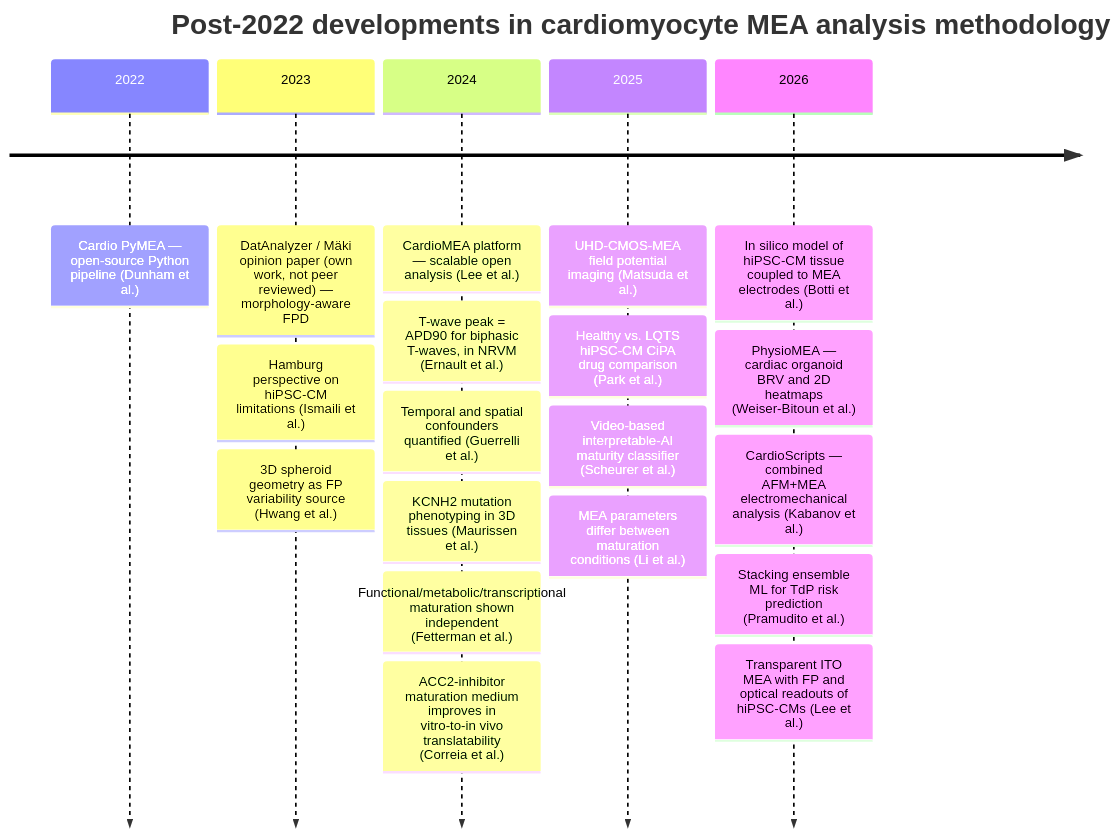
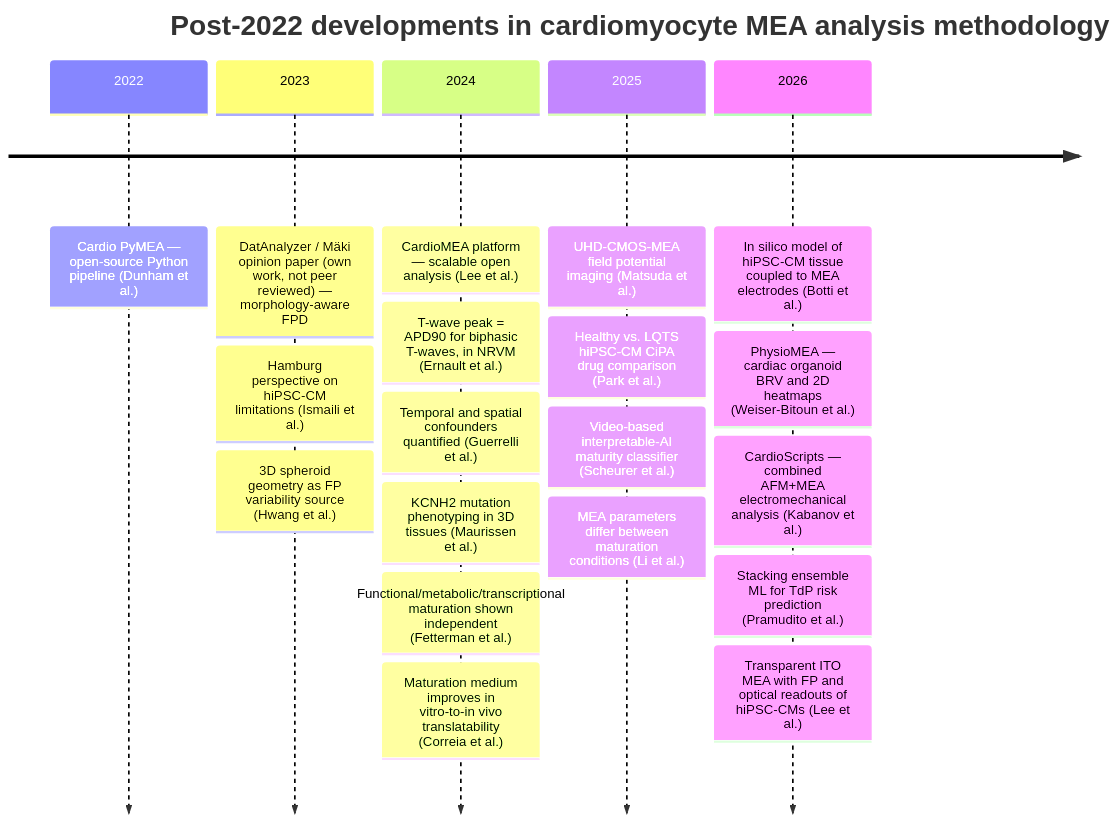
Before and after one commit to AnaHill/MEA_review_llm_wiki: the first of 2 diagrams in main.md, drawn with Mermaid. The commit also changed other lines of this file and 2 other files, not shown here.

Commit message:
trim detail that the argument does not need from the maturation, pipeline, fpdc, 3d and high-throughput sections, and drop the abbreviations left unused

````diff
--- a/main.md
+++ b/main.md
@@ -74,23 +70,23 @@
 ```mermaid
 timeline
     title Post-2022 developments in cardiomyocyte MEA analysis methodology
     2022 : Cardio PyMEA — open-source Python pipeline (Dunham et al.)
     2023 : DatAnalyzer / Mäki opinion paper (own work, not peer reviewed) — morphology-aware FPD
          : Hamburg perspective on hiPSC-CM limitations (Ismaili et al.)
          : 3D spheroid geometry as FP variability source (Hwang et al.)
     2024 : CardioMEA platform — scalable open analysis (Lee et al.)
          : T-wave peak = APD90 for biphasic T-waves, in NRVM (Ernault et al.)
          : Temporal and spatial confounders quantified (Guerrelli et al.)
          : KCNH2 mutation phenotyping in 3D tissues (Maurissen et al.)
          : Functional/metabolic/transcriptional maturation shown independent (Fetterman et al.)
-         : ACC2-inhibitor maturation medium improves in vitro-to-in vivo translatability (Correia et al.)
+         : Maturation medium improves in vitro-to-in vivo translatability (Correia et al.)
     2025 : UHD-CMOS-MEA field potential imaging (Matsuda et al.)
          : Healthy vs. LQTS hiPSC-CM CiPA drug comparison (Park et al.)
          : Video-based interpretable-AI maturity classifier (Scheurer et al.)
          : MEA parameters differ between maturation conditions (Li et al.)
     2026 : In silico model of hiPSC-CM tissue coupled to MEA electrodes (Botti et al.)
          : PhysioMEA — cardiac organoid BRV and 2D heatmaps (Weiser-Bitoun et al.)
          : CardioScripts — combined AFM+MEA electromechanical analysis (Kabanov et al.)
          : Stacking ensemble ML for TdP risk prediction (Pramudito et al.)
          : Transparent ITO MEA with FP and optical readouts of hiPSC-CMs (Lee et al.)
 ```
````
